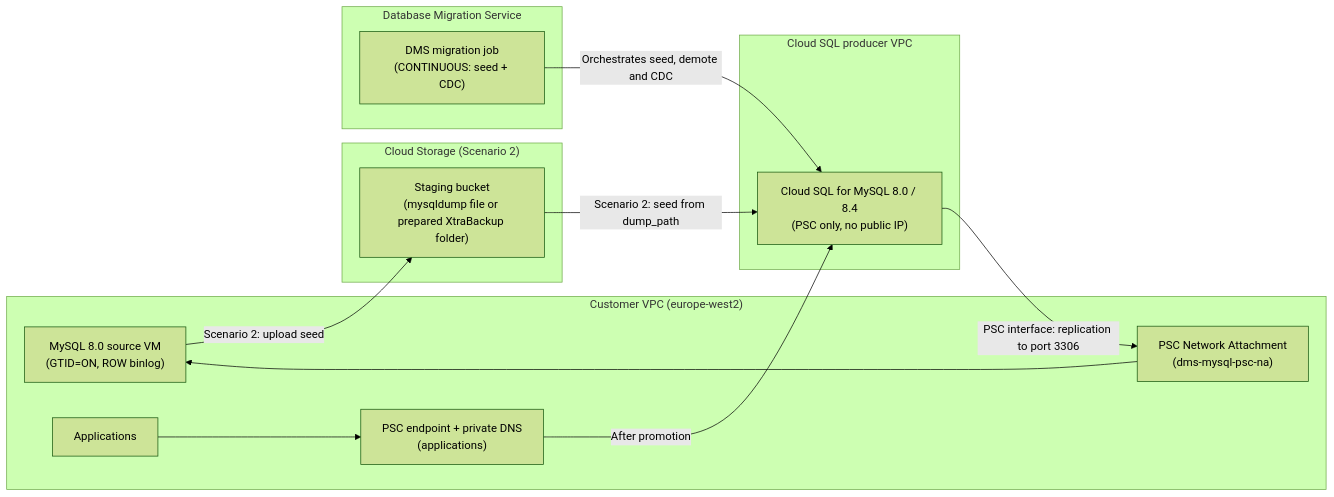
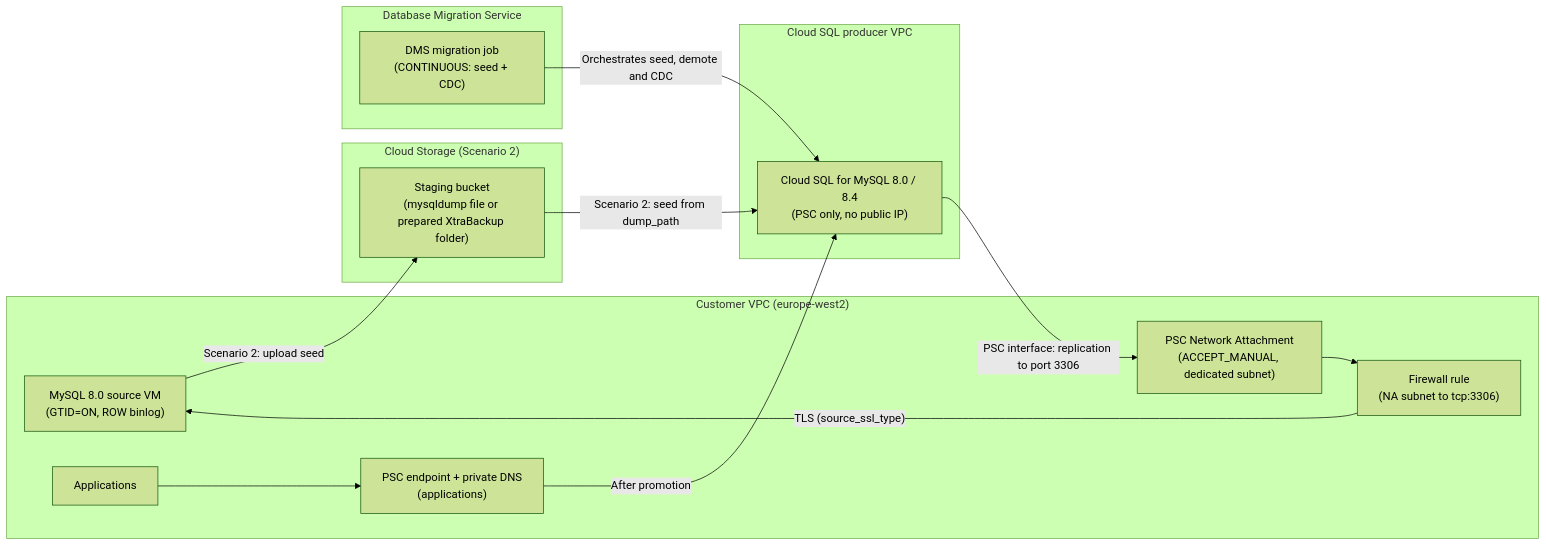
The diagram in README.md (kkmbryan/cloud-dms-templates), drawn with Mermaid (forest theme) before and after one commit. The commit also changed other lines of this file and 45 other files, not shown here.

````diff
--- a/README.md
+++ b/README.md
@@ -21,29 +24,31 @@
 ```mermaid
 flowchart LR
   subgraph APP_VPC["Customer VPC (europe-west2)"]
     GCE["MySQL 8.0 source VM<br/>(GTID=ON, ROW binlog)"]
-    NA["PSC Network Attachment<br/>(dms-mysql-psc-na)"]
+    NA["PSC Network Attachment<br/>(ACCEPT_MANUAL, dedicated subnet)"]
+    FW["Firewall rule<br/>(NA subnet to tcp:3306)"]
     EP["PSC endpoint + private DNS<br/>(applications)"]
     APP["Applications"]
   end
 
   subgraph GCS_STAGE["Cloud Storage (Scenario 2)"]
     GCS["Staging bucket<br/>(mysqldump file or prepared XtraBackup folder)"]
   end
 
   subgraph DMS_CONTROL["Database Migration Service"]
     JOB["DMS migration job<br/>(CONTINUOUS: seed + CDC)"]
   end
 
   subgraph CSQL_PRODUCER["Cloud SQL producer VPC"]
     CSQL["Cloud SQL for MySQL 8.0 / 8.4<br/>(PSC only, no public IP)"]
   end
 
   CSQL -->|"PSC interface: replication to port 3306"| NA
-  NA --> GCE
+  NA --> FW
+  FW -->|"TLS (source_ssl_type)"| GCE
   GCE -->|"Scenario 2: upload seed"| GCS
   GCS -->|"Scenario 2: seed from dump_path"| CSQL
   JOB -->|"Orchestrates seed, demote and CDC"| CSQL
   APP --> EP
   EP -->|"After promotion"| CSQL
 ```
````
